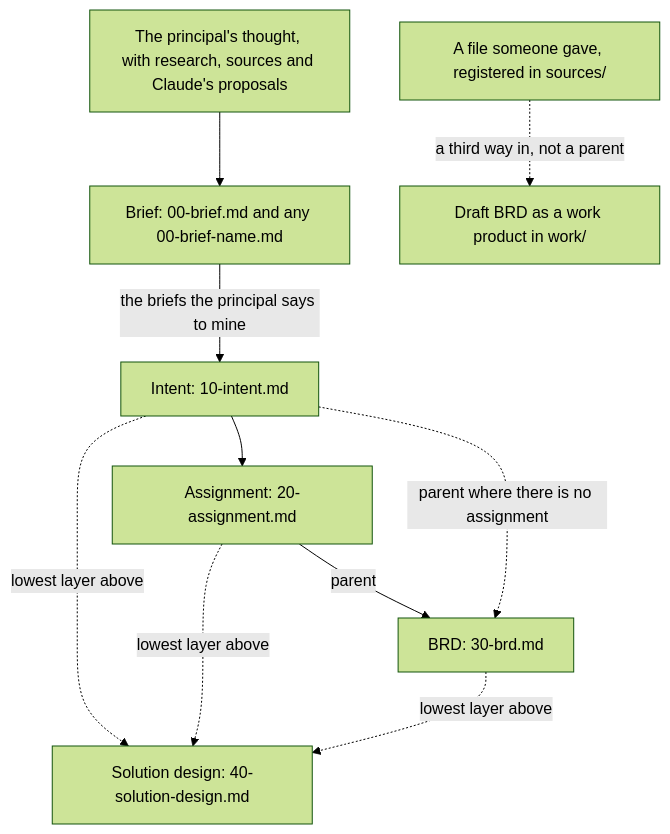
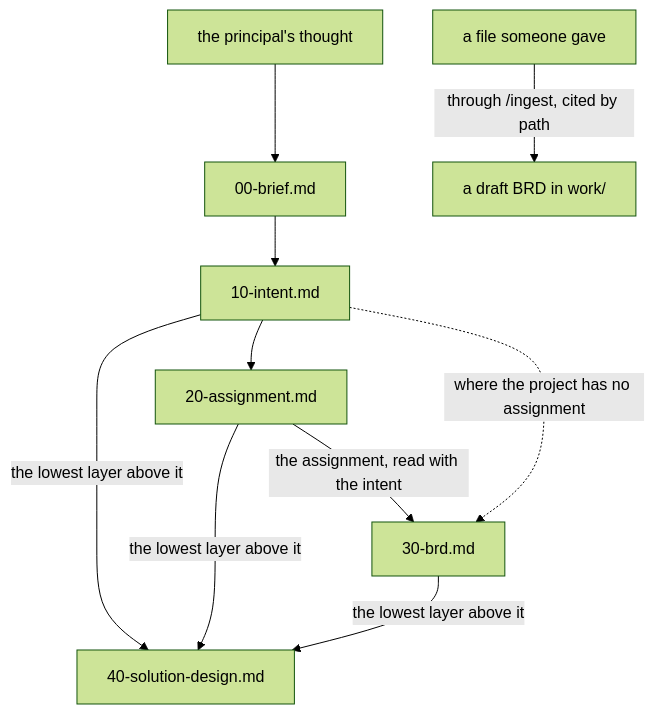
One commit to pche-broken-artist/forge-of-thought changed the diagram in docs/about/the-document-chain.md. Above: the diagram before and after it, drawn with Mermaid (forest theme). The commit also changed other lines of this file and 120 other files, not shown here.

````diff
--- a/docs/about/the-document-chain.md
+++ b/docs/about/the-document-chain.md
@@ -90,12 +138,12 @@
 ```mermaid
 flowchart TD
-  T["The principal's thought, with research, sources and Claude's proposals"] --> B["Brief: 00-brief.md and any 00-brief-name.md"]
-  B -->|the briefs the principal says to mine| I["Intent: 10-intent.md"]
-  I --> A["Assignment: 20-assignment.md"]
-  A -->|parent| R["BRD: 30-brd.md"]
-  I -.->|parent where there is no assignment| R
-  F["A file someone gave, registered in sources/"] -.->|a third way in, not a parent| W["Draft BRD as a work product in work/"]
-  I -.->|lowest layer above| S["Solution design: 40-solution-design.md"]
-  A -.->|lowest layer above| S
-  R -.->|lowest layer above| S
+    T[the principal's thought] --> B[00-brief.md]
+    B --> I[10-intent.md]
+    I --> A[20-assignment.md]
+    A -->|the assignment, read with the intent| R[30-brd.md]
+    I -.->|where the project has no assignment| R
+    I -->|the lowest layer above it| S[40-solution-design.md]
+    A -->|the lowest layer above it| S
+    R -->|the lowest layer above it| S
+    F[a file someone gave] -->|through /ingest, cited by path| W[a draft BRD in work/]
 ```
````
